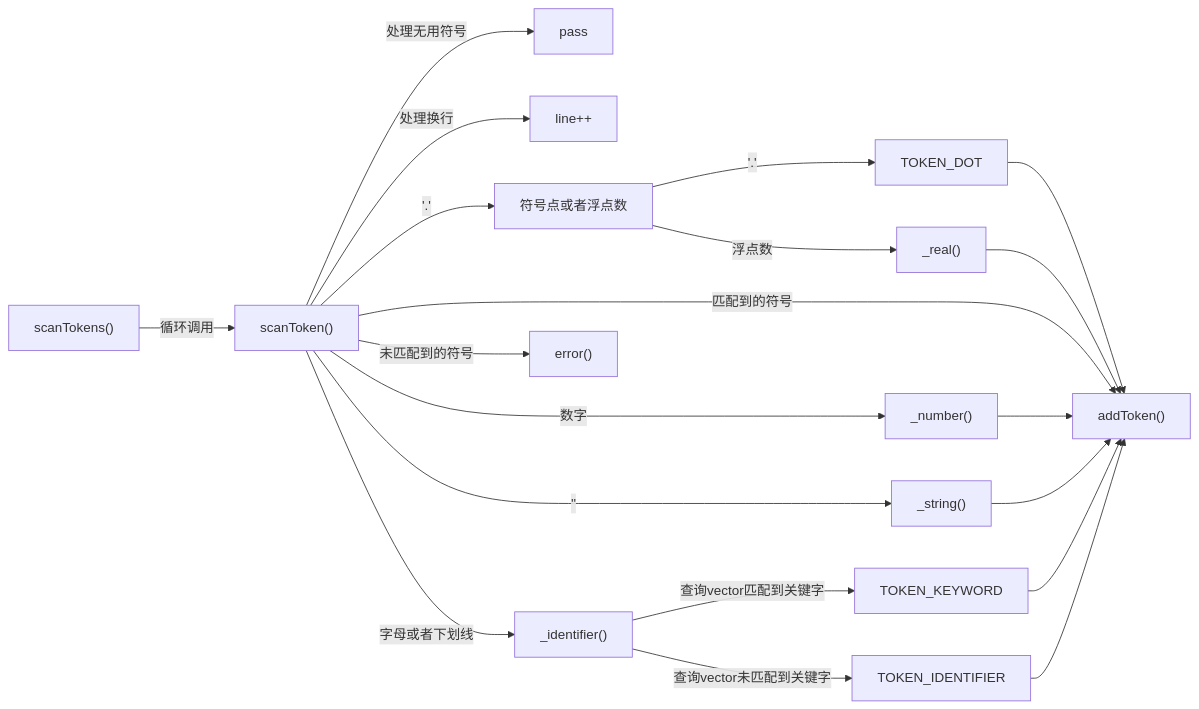
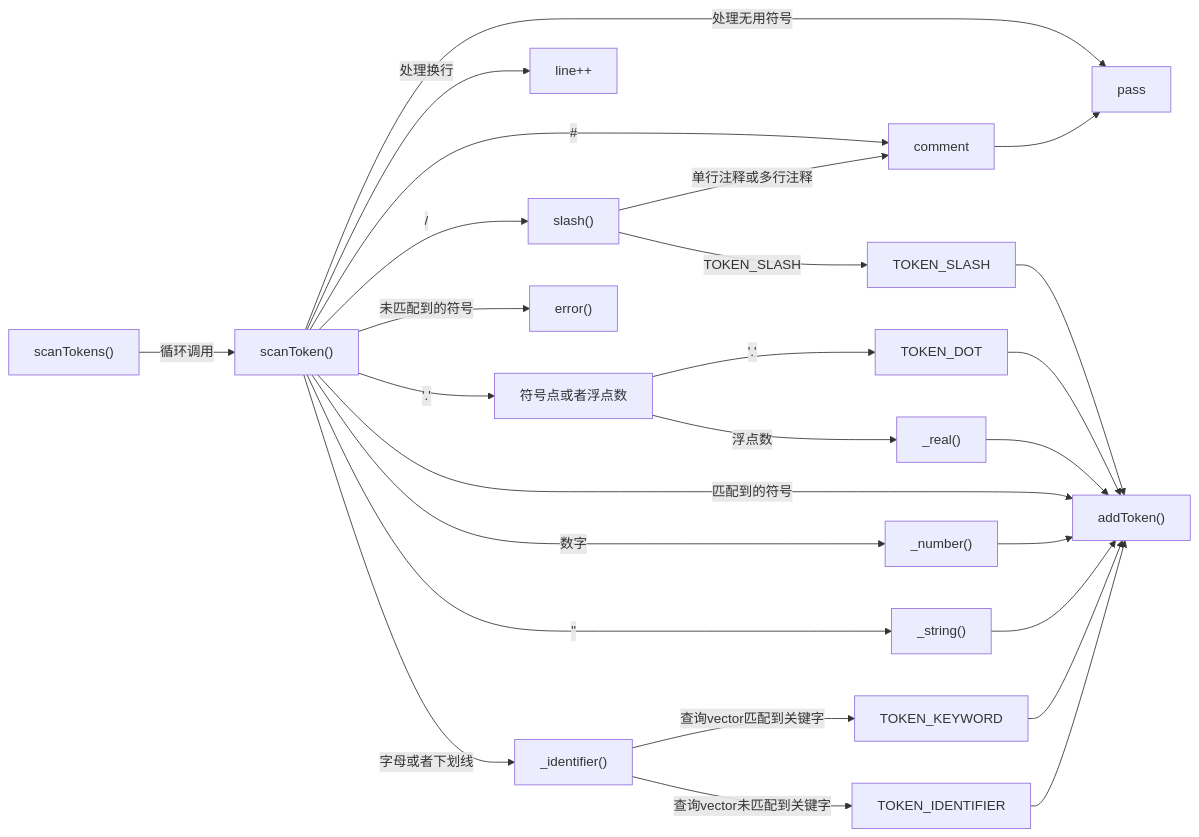
Before and after one commit to ice-bubble/LiteCompiler: the second of 2 diagrams in robin/README.md, drawn with Mermaid.

````diff
--- a/robin/README.md
+++ b/robin/README.md
@@ -134,22 +134,28 @@
 ```mermaid
 graph LR
     scanTokens["scanTokens()"] -->|循环调用| scanToken["scanToken()"]
     scanToken -->|处理无用符号| pass[pass]
+    scanToken -->|/| slash["slash()"]
+    scanToken -->|#| comment
+    slash -->|单行注释或多行注释|comment
+    comment --> pass
+    slash -->|TOKEN_SLASH| TOKEN_SLASH
+    TOKEN_SLASH --> matched_type
     scanToken -->|处理换行| line++
     scanToken -->|字母或者下划线| maybeid["_identifier()"]
     scanToken -->|数字| num["_number()"]
     scanToken -->|'""'| str["_string()"]
     scanToken -->|'.'| dotOrReal[符号点或者浮点数]
     dotOrReal -->|'.'|TOKEN_DOT
     TOKEN_DOT --> matched_type
     dotOrReal -->|浮点数|real["_real()"]
     real --> matched_type
     scanToken -->|匹配到的符号| matched_type["addToken()"]
     scanToken -->|未匹配到的符号| unmatched_type["error()"]
     maybeid -->|查询vector匹配到关键字|keyword[TOKEN_KEYWORD]
     maybeid -->|查询vector未匹配到关键字| id[TOKEN_IDENTIFIER]
     num --> matched_type
     str --> matched_type
     keyword --> matched_type
     id --> matched_type
 ```
````
